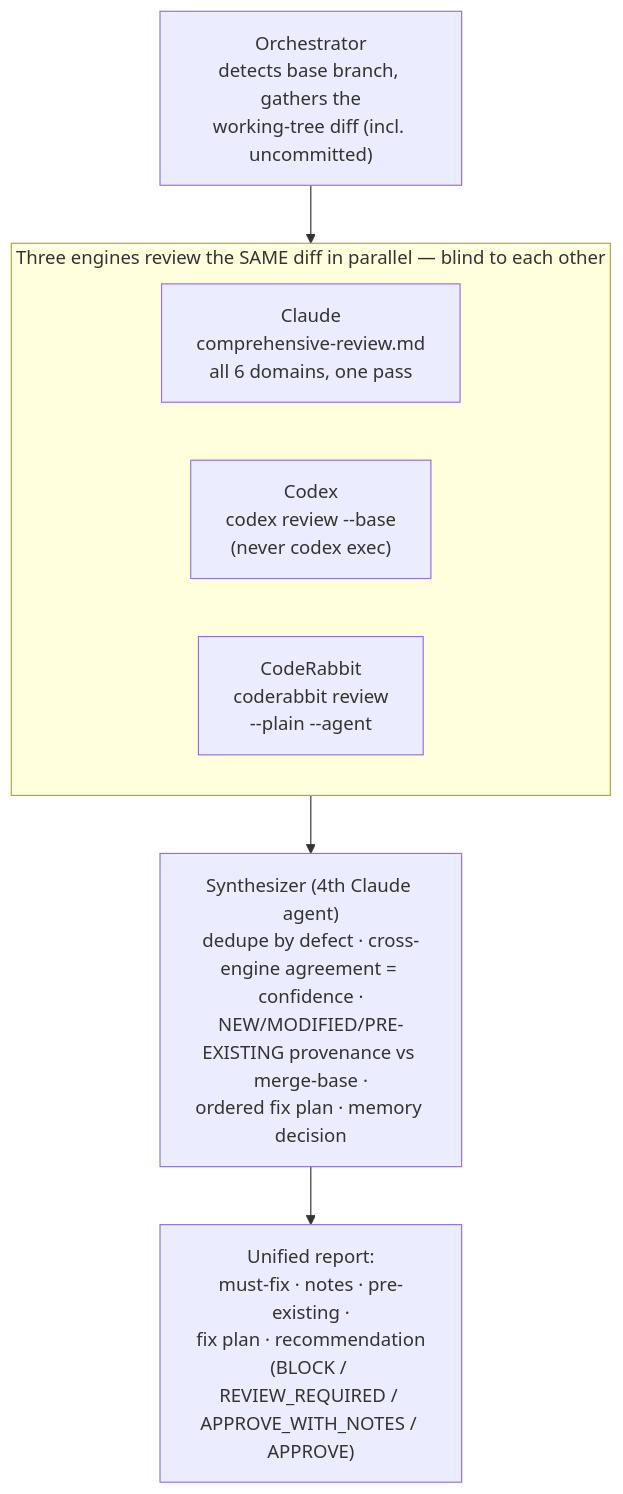
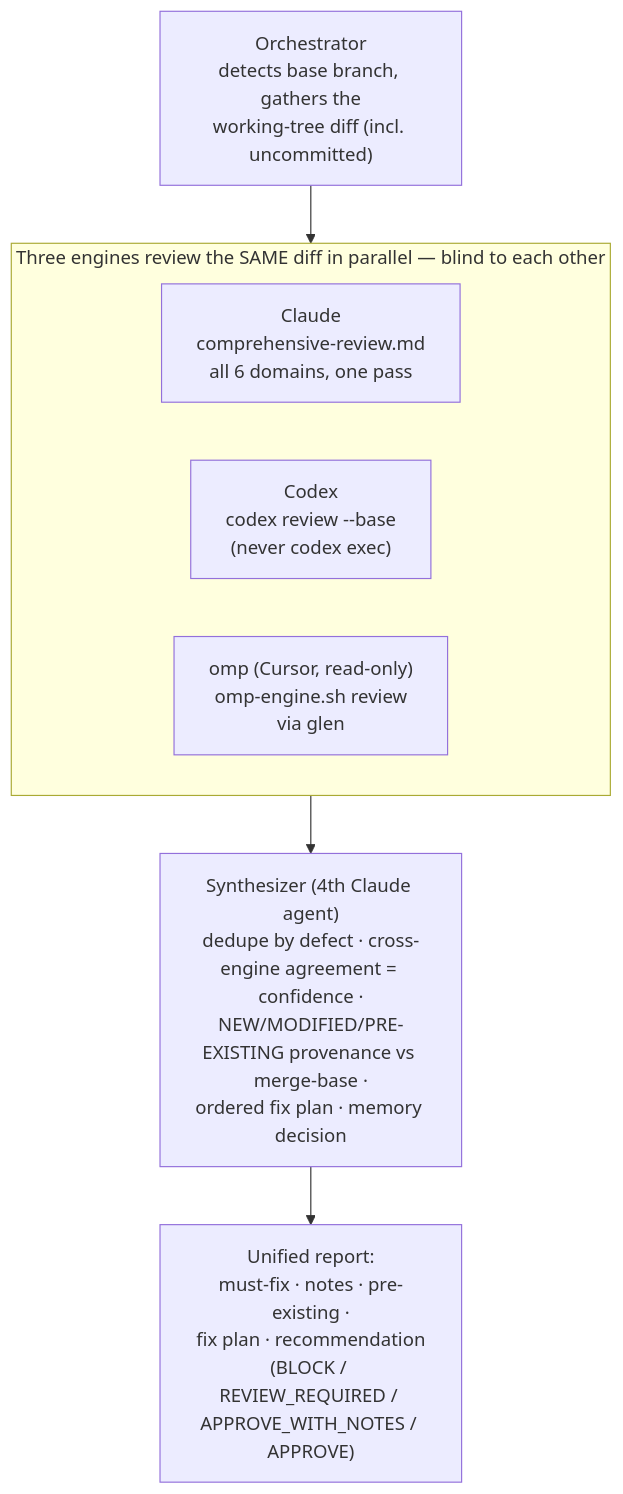
One commit to nodera-studio/glen changed the diagram in .claude/agents/review-implementation/README.md. Above: the diagram before and after it, drawn with Mermaid. The commit also changed other lines of this file and 64 other files, not shown here.

First line of the commit message:
W9: omp in agent-os — omp as a third read-only review and debug engine (#25)

````diff
--- a/.claude/agents/review-implementation/README.md
+++ b/.claude/agents/review-implementation/README.md
@@ -7,15 +7,15 @@
 ```mermaid
 flowchart TD
     O["Orchestrator<br/>detects base branch, gathers the<br/>working-tree diff (incl. uncommitted)"] --> ENGINES
 
     subgraph ENGINES["Three engines review the SAME diff in parallel — blind to each other"]
         direction LR
         E1["Claude<br/>comprehensive-review.md<br/>all 6 domains, one pass"]
         E2["Codex<br/>codex review --base<br/>(never codex exec)"]
-        E3["CodeRabbit<br/>coderabbit review<br/>--plain --agent"]
+        E3["omp (Cursor, read-only)<br/>omp-engine.sh review<br/>via glen"]
     end
 
     ENGINES --> SYN["Synthesizer (4th Claude agent)<br/>dedupe by defect · cross-engine agreement = confidence ·<br/>NEW/MODIFIED/PRE-EXISTING provenance vs merge-base ·<br/>ordered fix plan · memory decision"]
 
     SYN --> OUT["Unified report:<br/>must-fix · notes · pre-existing ·<br/>fix plan · recommendation<br/>(BLOCK / REVIEW_REQUIRED / APPROVE_WITH_NOTES / APPROVE)"]
 ```
````
